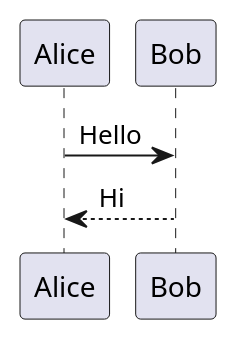
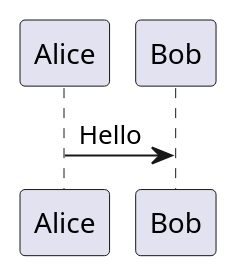
The second of 2 diagrams in test/test-codeblocks.md (vlaina-labs/docship), drawn with PlantUML before and after one commit. The commit also changed other lines of this file and 20 other files, not shown here.

````diff
--- a/test/test-codeblocks.md
+++ b/test/test-codeblocks.md
@@ -18,6 +30,3 @@
 ```plantuml
-@startuml
 Alice -> Bob: Hello
-Bob --> Alice: Hi
-@enduml
 ```
````
